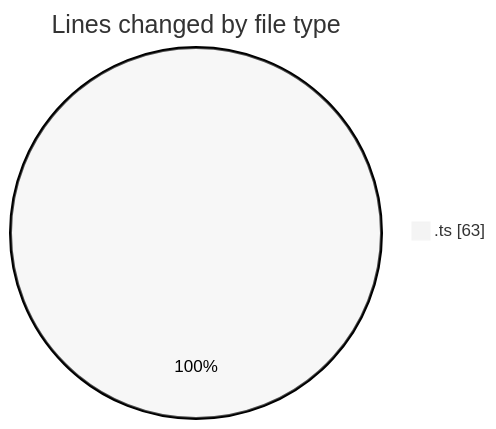
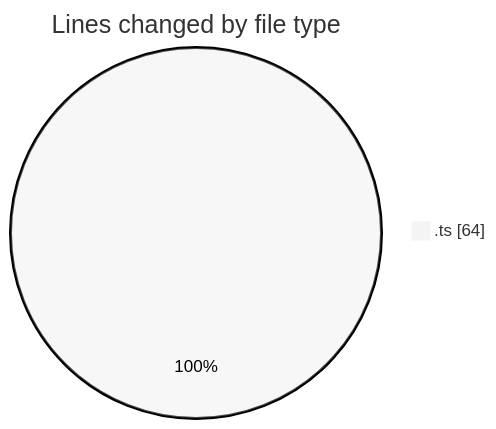
Before and after one commit to momahboobian/code-tracking: the first of 2 diagrams in 2025-06-24/cda/README.md, drawn with Mermaid (neutral theme). The commit also changed other lines of this file and 1 other file, not shown here.

````diff
--- a/2025-06-24/cda/README.md
+++ b/2025-06-24/cda/README.md
@@ -20,5 +20,5 @@
 ```mermaid
 pie showData
 title Lines changed by file type
-".ts" : 63
+".ts" : 64
 ```
````
